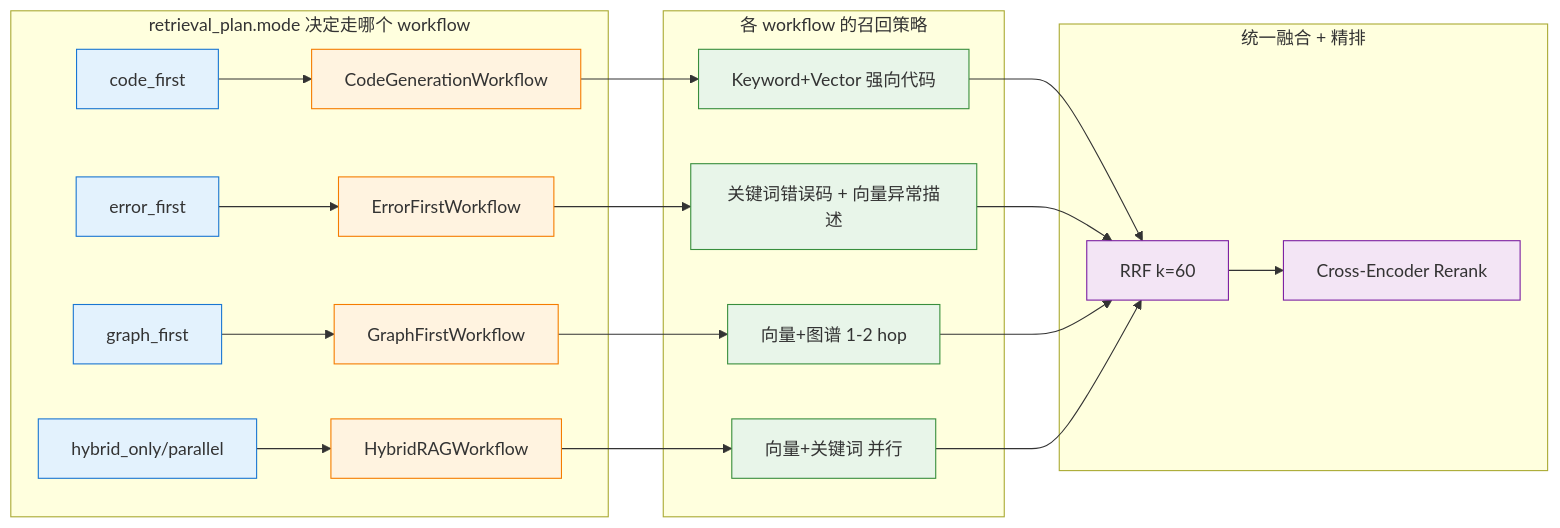
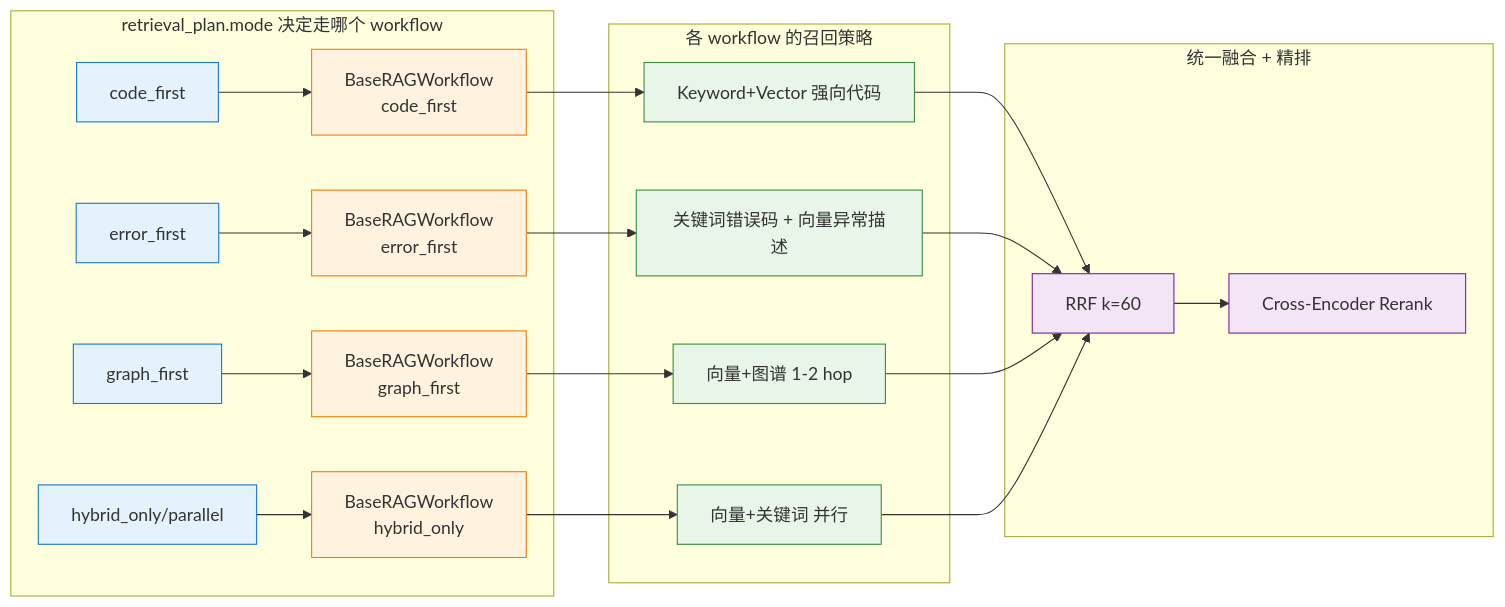
One commit to jackone666/enterprise_agentic_rag changed the second of 3 diagrams in technical_deep_dive/主题/01-RAG核心链路.md. Above: the diagram before and after it, drawn with Mermaid. The commit also changed other lines of this file and 13 other files, not shown here.

````diff
--- a/technical_deep_dive/主题/01-RAG核心链路.md
+++ b/technical_deep_dive/主题/01-RAG核心链路.md
@@ -251,33 +251,33 @@
 ```mermaid
 graph LR
     subgraph mode选择["retrieval_plan.mode 决定走哪个 workflow"]
-        CI[code_first] --> CGW[CodeGenerationWorkflow]
-        EI[error_first] --> EFW[ErrorFirstWorkflow]
-        GI[graph_first] --> GFW[GraphFirstWorkflow]
-        HI[hybrid_only/parallel] --> HRW[HybridRAGWorkflow]
+        CI[code_first] --> CGW[BaseRAGWorkflow<br/>code_first]
+        EI[error_first] --> EFW[BaseRAGWorkflow<br/>error_first]
+        GI[graph_first] --> GFW[BaseRAGWorkflow<br/>graph_first]
+        HI[hybrid_only/parallel] --> HRW[BaseRAGWorkflow<br/>hybrid_only]
     end
 
     subgraph 内部召回["各 workflow 的召回策略"]
         CGW --> CB[Keyword+Vector 强向代码]
         EFW --> EB[关键词错误码 + 向量异常描述]
         GFW --> GB[向量+图谱 1-2 hop]
         HRW --> HB[向量+关键词 并行]
     end
 
     subgraph 融合与精排["统一融合 + 精排"]
         CB --> RRF[RRF k=60]
         EB --> RRF
         GB --> RRF
         HB --> RRF
         RRF --> RRK[Cross-Encoder Rerank]
     end
 
     classDef mode fill:#E3F2FD,stroke:#1976D2
     classDef wf fill:#FFF3E0,stroke:#F57C00
     classDef recall fill:#E8F5E9,stroke:#388E3C
     classDef fusion fill:#F3E5F5,stroke:#7B1FA2
     class CI,EI,GI,HI mode
     class CGW,EFW,GFW,HRW wf
     class CB,EB,GB,HB recall
     class RRF,RRK fusion
 ```
````
